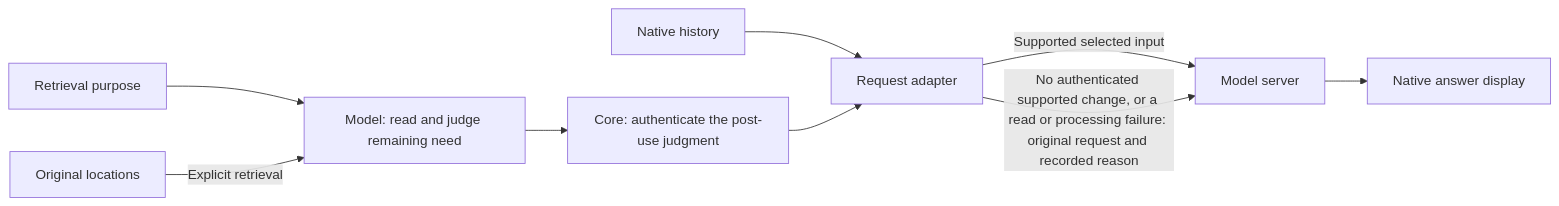
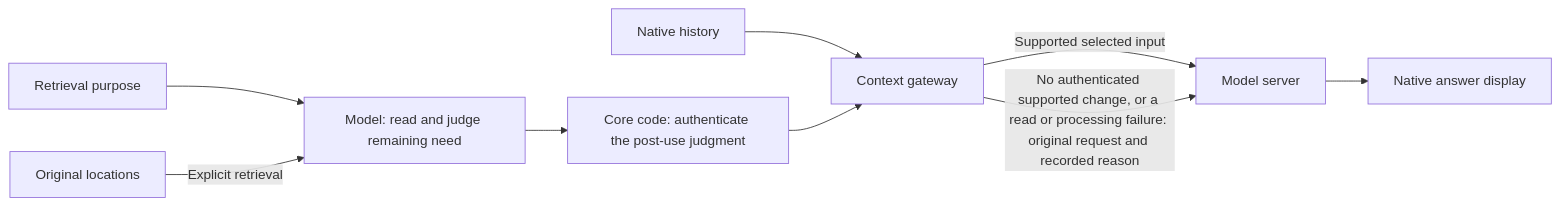
One commit to AidALL/ghost-alice changed the fifth of 5 diagrams in architecture.md. Above: the diagram before and after it, drawn with Mermaid. The commit also changed other lines of this file and 40 other files, not shown here.

````diff
--- a/architecture.md
+++ b/architecture.md
@@ -73,11 +106,11 @@
 ```mermaid
 flowchart LR
   P["Retrieval purpose"] --> M["Model: read and judge remaining need"]
-  M --> C["Core: authenticate the post-use judgment"]
-  H["Native history"] --> A["Request adapter"]
+  M --> C["Core code: authenticate the post-use judgment"]
+  H["Native history"] --> A["Context gateway"]
   C --> A
   A -->|Supported selected input| S["Model server"]
   A -->|No authenticated supported change, or a read or processing failure: original request and recorded reason| S
   S --> D["Native answer display"]
   O["Original locations"] -->|Explicit retrieval| M
 ```
````
